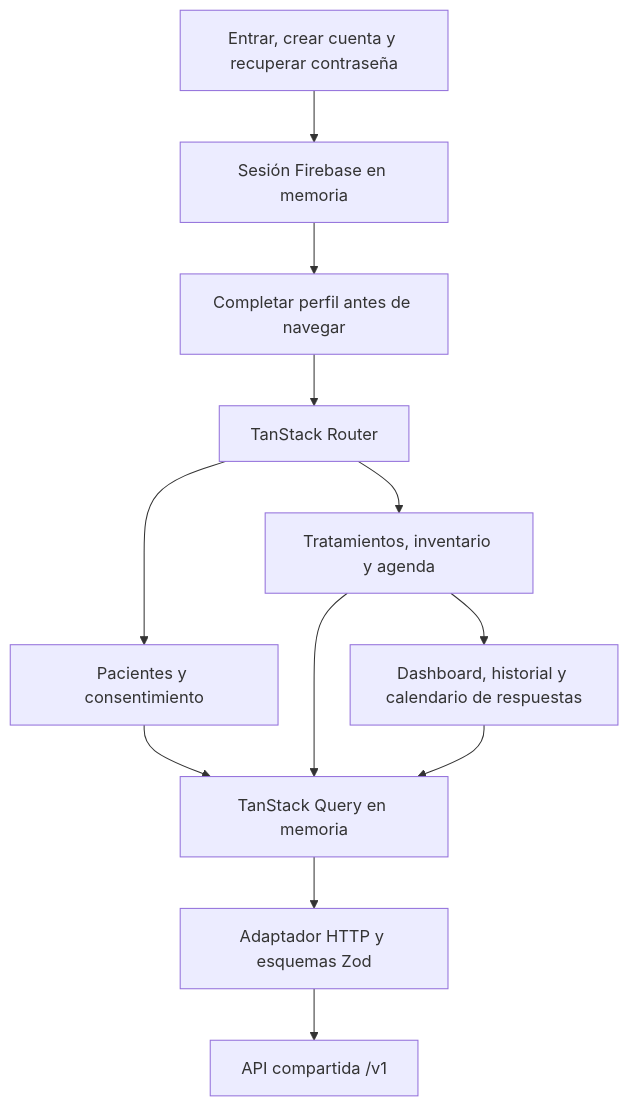
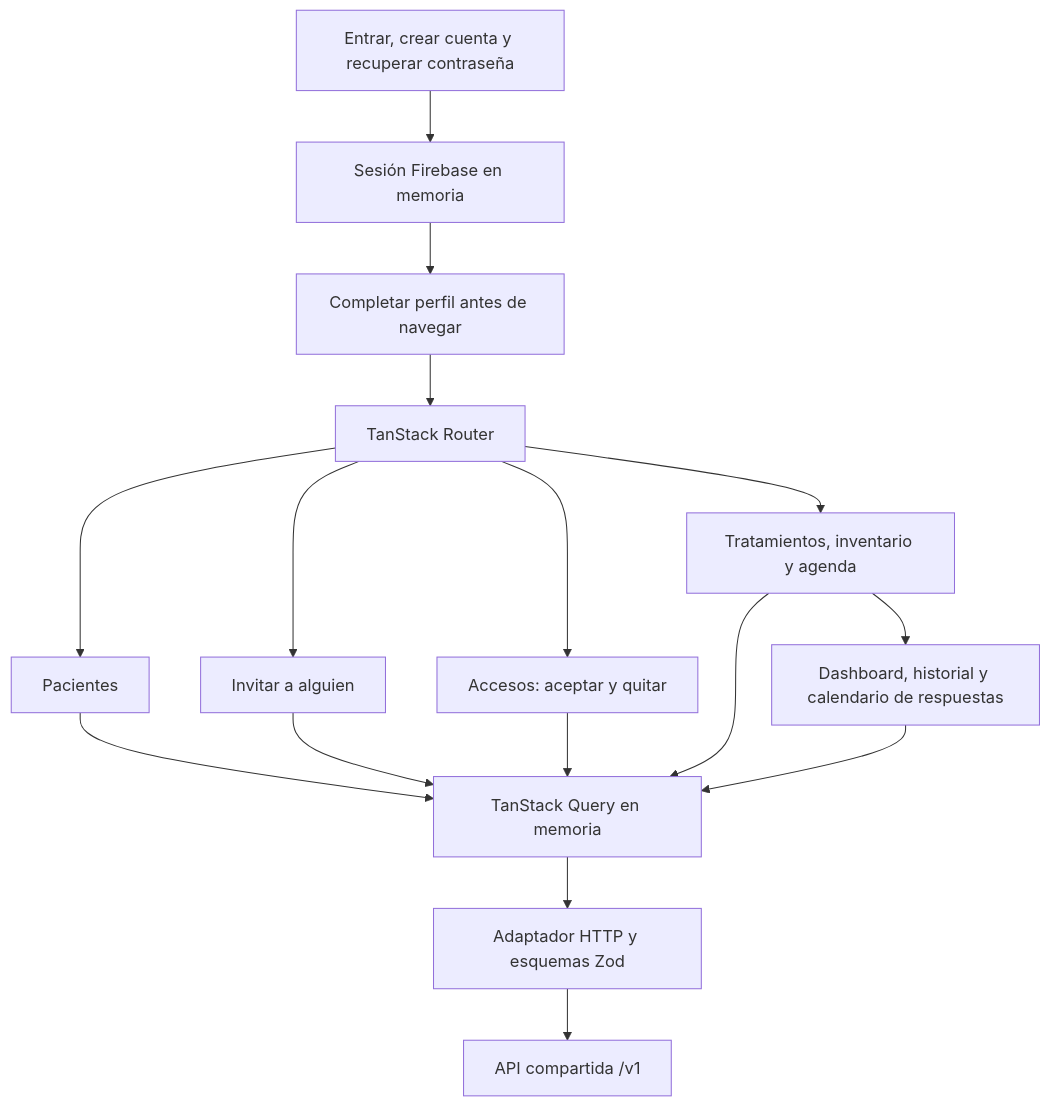
Before and after one commit to Nandem1/nndsk-medication-tracker: the diagram in apps/web/docs/00-home.md, drawn with Mermaid. The commit also changed other lines of this file and 18 other files, not shown here.

````diff
--- a/apps/web/docs/00-home.md
+++ b/apps/web/docs/00-home.md
@@ -5,14 +5,18 @@
 ```mermaid
 flowchart TB
     Login[Entrar, crear cuenta y recuperar contraseña] --> Session[Sesión Firebase en memoria]
     Session --> Profile[Completar perfil antes de navegar]
     Profile --> Router[TanStack Router]
-    Router --> Patients[Pacientes y consentimiento]
+    Router --> Patients[Pacientes]
+    Router --> Invite[Invitar a alguien]
+    Router --> Consent[Accesos: aceptar y quitar]
     Router --> Patient[Tratamientos, inventario y agenda]
     Patient --> Dashboard[Dashboard, historial y calendario de respuestas]
     Patients --> Query[TanStack Query en memoria]
+    Invite --> Query
+    Consent --> Query
     Patient --> Query
     Dashboard --> Query
     Query --> Adapter[Adaptador HTTP y esquemas Zod]
     Adapter --> API[API compartida /v1]
 ```
````
